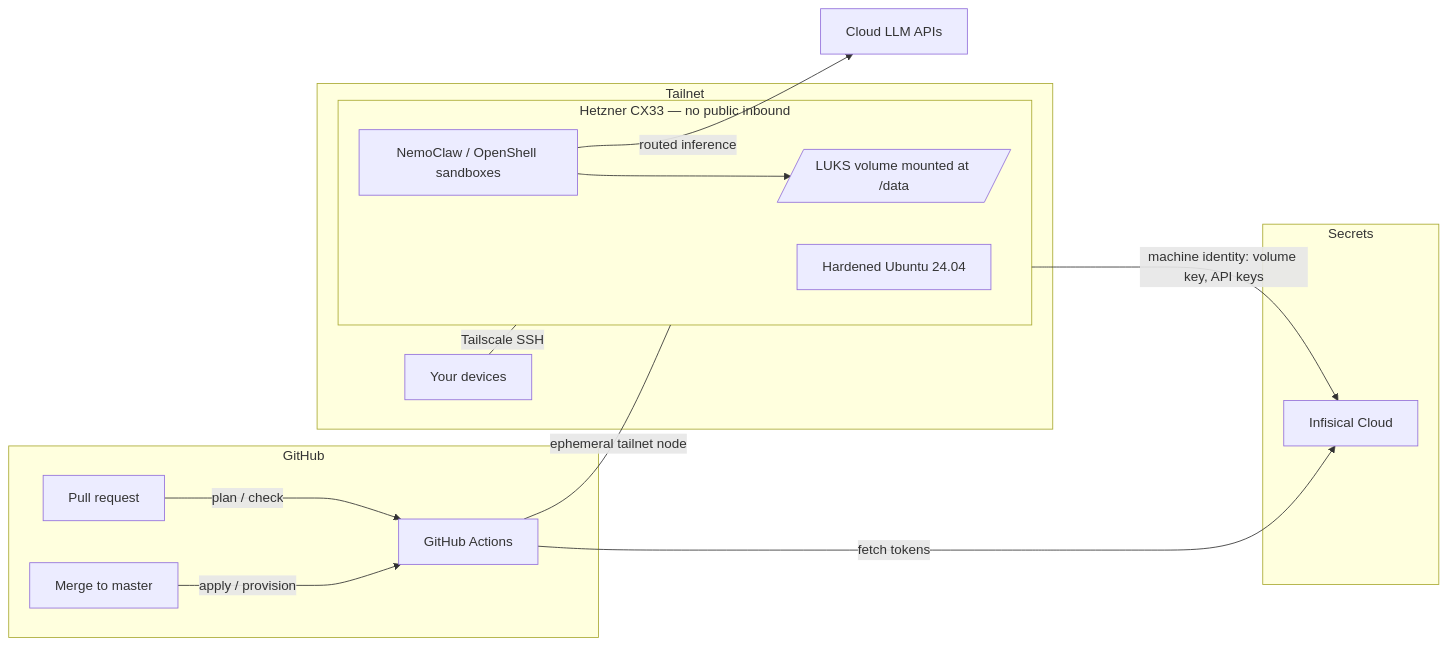
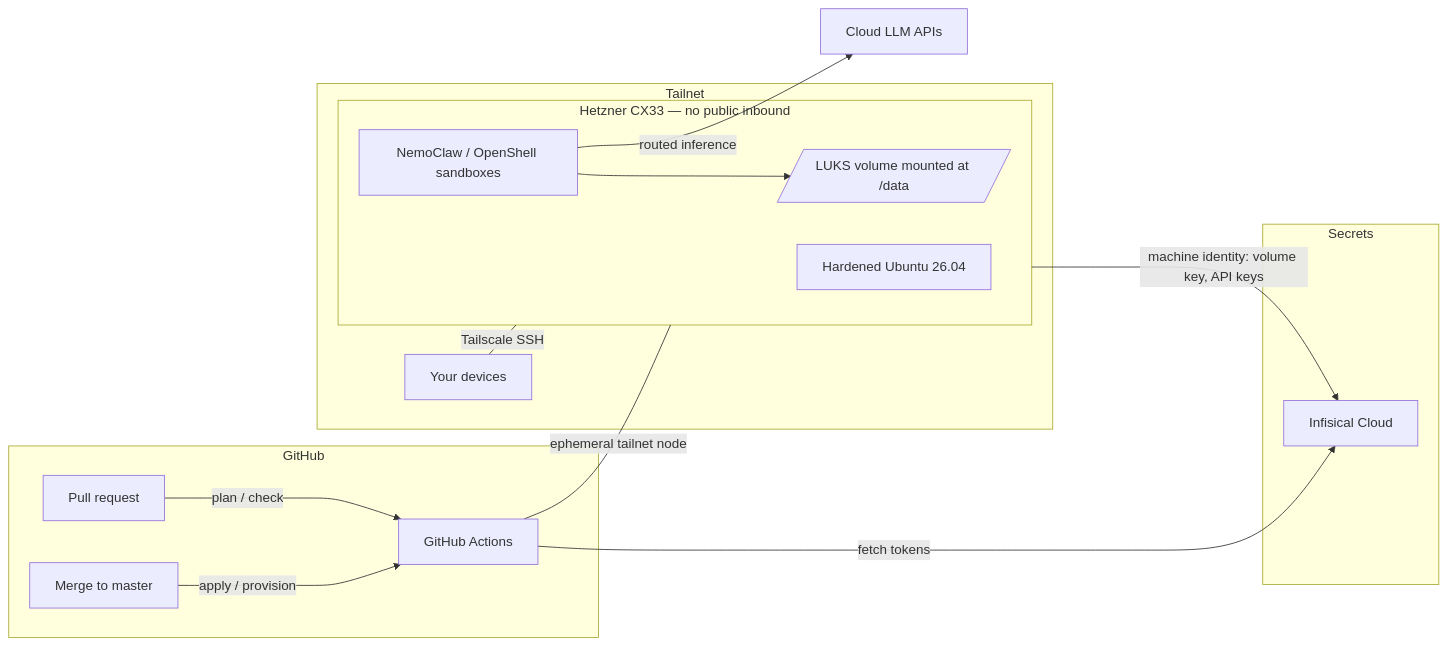
The diagram in README.md (jfmercer/menegroth), drawn with Mermaid before and after one commit. The commit also changed 6 other files, not shown here.

````diff
--- a/README.md
+++ b/README.md
@@ -21,23 +21,23 @@
 ```mermaid
 flowchart LR
     subgraph GitHub
         PR[Pull request] -->|plan / check| CI[GitHub Actions]
         M[Merge to master] -->|apply / provision| CI
     end
     subgraph Secrets
         INF[Infisical Cloud]
     end
     subgraph Tailnet
         DEV[Your devices] ---|Tailscale SSH| SRV
         CI ---|ephemeral tailnet node| SRV
         subgraph SRV[Hetzner CX33 — no public inbound]
-            HARD[Hardened Ubuntu 24.04]
+            HARD[Hardened Ubuntu 26.04]
             VOL[/LUKS volume mounted at /data/]
             NC[NemoClaw / OpenShell sandboxes]
             NC --> VOL
         end
     end
     CI -->|fetch tokens| INF
     SRV -->|machine identity: volume key, API keys| INF
     NC -->|routed inference| API[Cloud LLM APIs]
 ```
````
